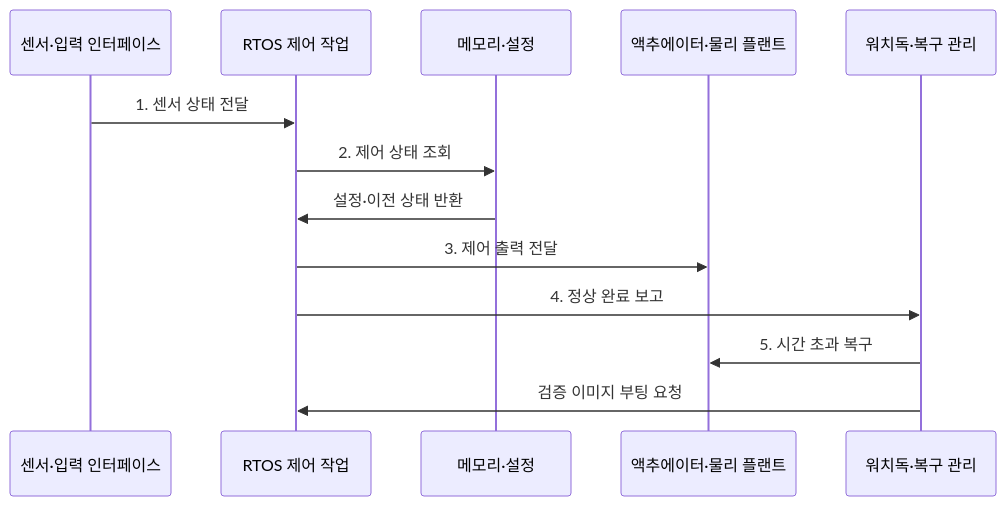
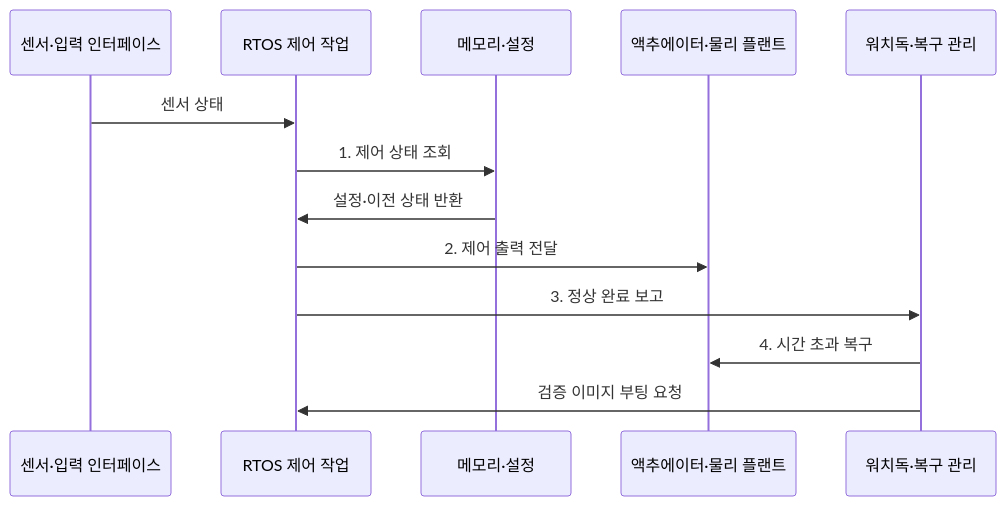
One commit to agnusdei1207/knowledge-base changed the second of 2 diagrams in src/content/docs/notes/02-hardware/060_embedded_system_architecture.md. Above: the diagram before and after it, drawn with Mermaid. The commit also changed other lines of this file and 20 other files, not shown here.

````diff
--- a/src/content/docs/notes/02-hardware/060_embedded_system_architecture.md
+++ b/src/content/docs/notes/02-hardware/060_embedded_system_architecture.md
@@ -94,16 +94,16 @@
 ```mermaid
 sequenceDiagram
     participant S as 센서·입력 인터페이스
     participant C as RTOS 제어 작업
     participant M as 메모리·설정
     participant O as 액추에이터·물리 플랜트
     participant W as 워치독·복구 관리
 
-    S->>C: 1. 센서 상태 전달
-    C->>M: 2. 제어 상태 조회
+    S->>C: 센서 상태
+    C->>M: 1. 제어 상태 조회
     M->>C: 설정·이전 상태 반환
-    C->>O: 3. 제어 출력 전달
-    C->>W: 4. 정상 완료 보고
-    W->>O: 5. 시간 초과 복구
+    C->>O: 2. 제어 출력 전달
+    C->>W: 3. 정상 완료 보고
+    W->>O: 4. 시간 초과 복구
     W->>C: 검증 이미지 부팅 요청
 ```
````
